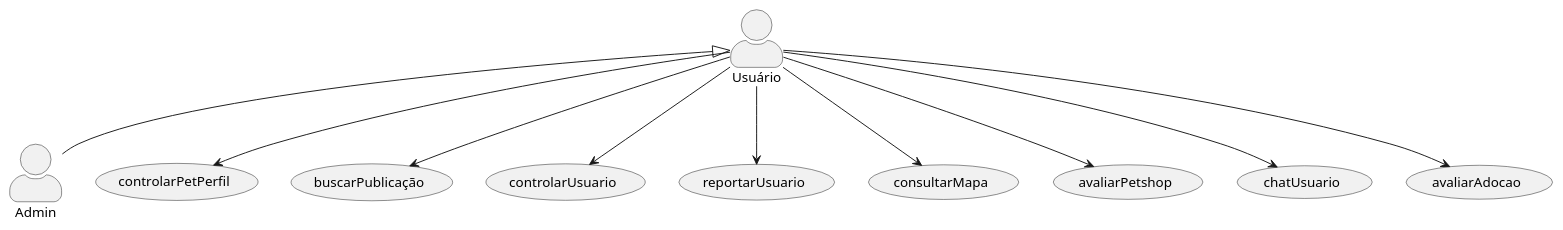
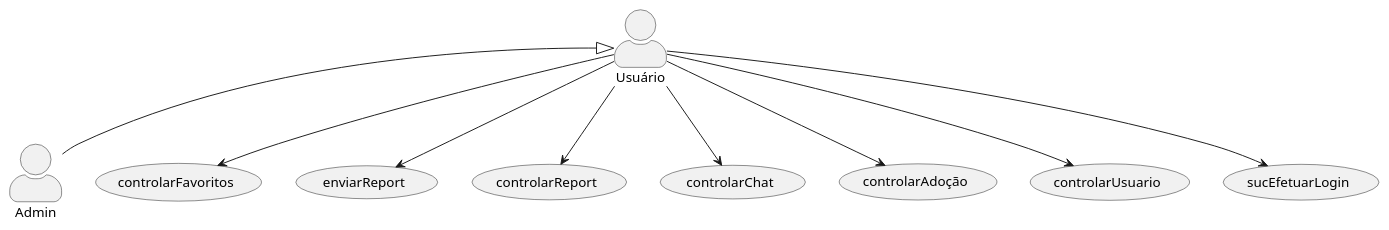
Before and after one commit to UniFil-extensao/getpet: the diagram in docs/UseCase.plantuml, drawn with PlantUML. The commit also changed other lines of this file and 1 other file, not shown here.

```diff
--- a/docs/UseCase.plantuml
+++ b/docs/UseCase.plantuml
@@ -3,23 +2,23 @@
 @startuml GetPet
 skinparam actorStyle awesome
 :Admin: as admin
 :Usuário: as user
-(controlarPetPerfil) as (post)
-(buscarPublicação) as (search)
-(controlarUsuario) as (controlUser)
-(reportarUsuario) as (report)
-(consultarMapa) as (consultarMapa)
-(avaliarPetshop) as (avaliarPetshop)
-(chatUsuario) as (userChat)
-(avaliarAdocao) as (rateProcess)
-user <|-- admin 
-user --> post
-user --> search
-user --> controlUser
-user --> report
-user --> consultarMapa
-user --> avaliarPetshop
-user --> userChat
-user --> rateProcess
+
+(controlarFavoritos)
+(enviarReport)
+(controlarReport)
+(controlarChat)
+(controlarAdoção)
+(controlarUsuario)
+(sucEfetuarLogin)
+
+user <|-- admin
+user --> controlarFavoritos
+user --> enviarReport
+user --> controlarReport
+user --> controlarChat
+user --> controlarAdoção
+user --> controlarUsuario
+user --> sucEfetuarLogin
 
 @enduml
```
